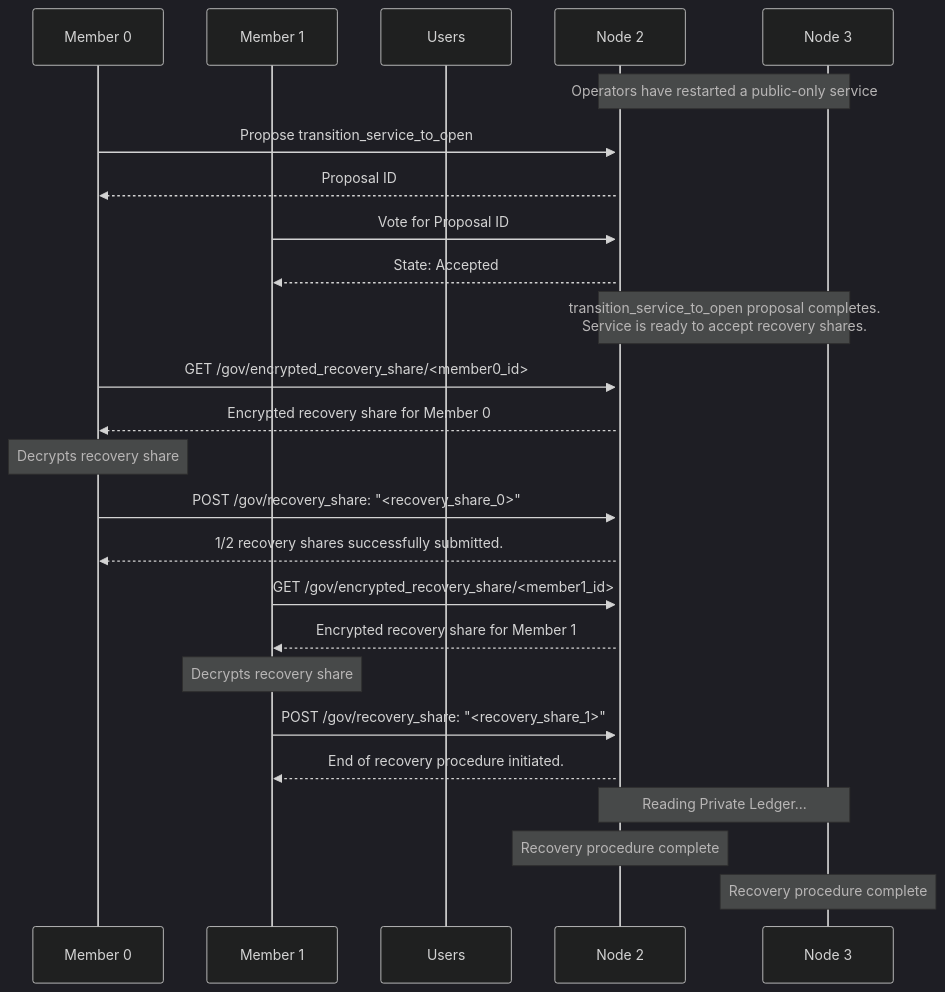
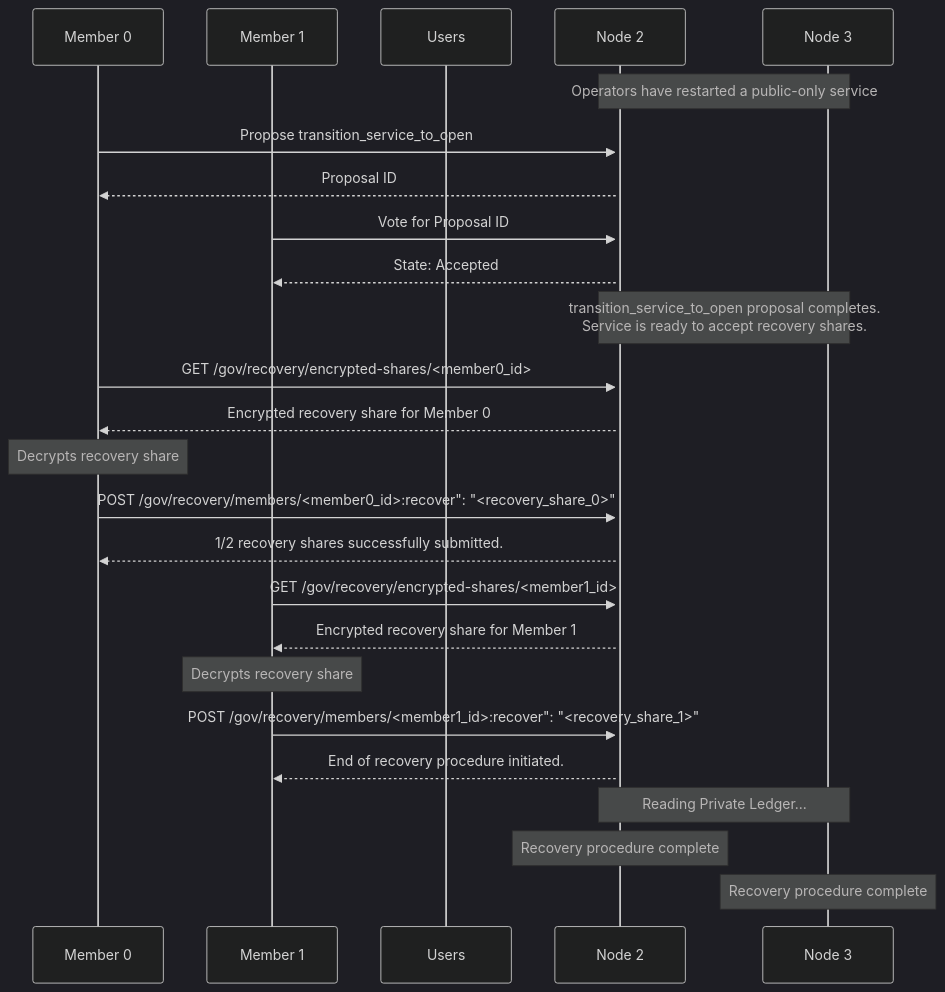
Before and after one commit to microsoft/CCF: the diagram in doc/governance/accept_recovery.rst, drawn with Mermaid (dark theme). The commit also changed other lines of this file and 33 other files, not shown here.

```diff
--- a/doc/governance/accept_recovery.rst
+++ b/doc/governance/accept_recovery.rst
@@ -101,33 +101,33 @@
 .. mermaid::
 
     sequenceDiagram
         participant Member 0
         participant Member 1
         participant Users
         participant Node 2
         participant Node 3
 
         Note over Node 2, Node 3: Operators have restarted a public-only service
 
         Member 0->>+Node 2: Propose transition_service_to_open
         Node 2-->>Member 0: Proposal ID
         Member 1->>+Node 2: Vote for Proposal ID
         Node 2-->>Member 1: State: Accepted
         Note over Node 2, Node 3: transition_service_to_open proposal completes. <br> Service is ready to accept recovery shares.
 
-        Member 0->>+Node 2: GET /gov/encrypted_recovery_share/<member0_id>
+        Member 0->>+Node 2: GET /gov/recovery/encrypted-shares/<member0_id>
         Node 2-->>Member 0: Encrypted recovery share for Member 0
         Note over Member 0: Decrypts recovery share
-        Member 0->>+Node 2: POST /gov/recovery_share: "<recovery_share_0>"
+        Member 0->>+Node 2: POST /gov/recovery/members/<member0_id>:recover": "<recovery_share_0>"
         Node 2-->>Member 0: 1/2 recovery shares successfully submitted.
 
-        Member 1->>+Node 2: GET /gov/encrypted_recovery_share/<member1_id>
+        Member 1->>+Node 2: GET /gov/recovery/encrypted-shares/<member1_id>
         Node 2-->>Member 1: Encrypted recovery share for Member 1
         Note over Member 1: Decrypts recovery share
-        Member 1->>+Node 2: POST /gov/recovery_share: "<recovery_share_1>"
+        Member 1->>+Node 2: POST /gov/recovery/members/<member1_id>:recover": "<recovery_share_1>"
         Node 2-->>Member 1: End of recovery procedure initiated.
 
         Note over Node 2, Node 3: Reading Private Ledger...
 
         Note over Node 2: Recovery procedure complete
         Note over Node 3: Recovery procedure complete
```
